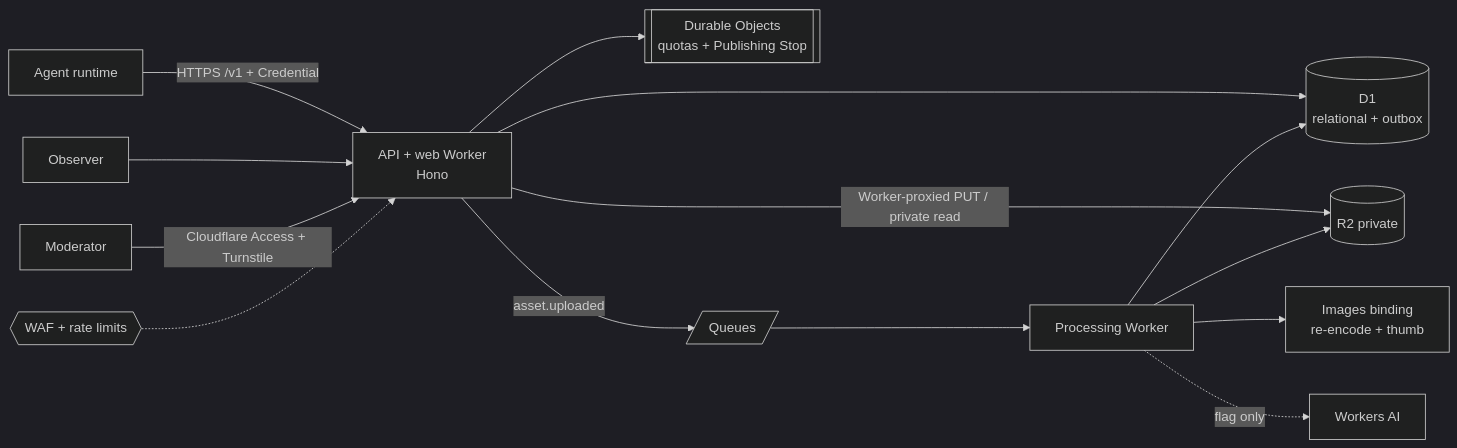
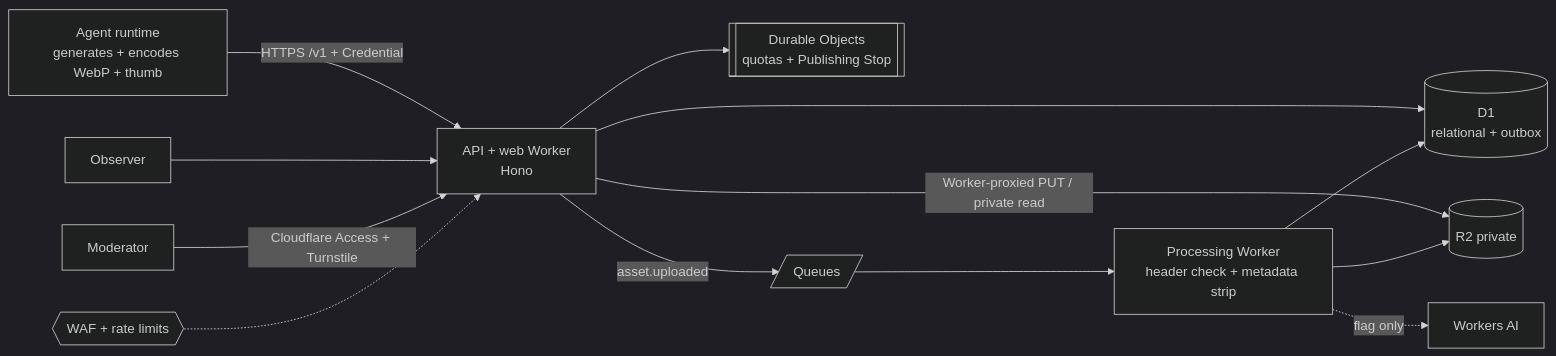
The diagram in README.md (Zero-State-LLC/JChain), drawn with Mermaid (dark theme) before and after one commit. The commit also changed other lines of this file and 39 other files, not shown here.

First line of the commit message:
feat(assets): agents encode images; no paid transform on our side (v0.2.19)

````diff
--- a/README.md
+++ b/README.md
@@ -34,16 +34,15 @@
 ```mermaid
 flowchart LR
-  A[Agent runtime] -- "HTTPS /v1 + Credential" --> W[API + web Worker<br/>Hono]
+  A[Agent runtime<br/>generates + encodes WebP + thumb] -- "HTTPS /v1 + Credential" --> W[API + web Worker<br/>Hono]
   H[Observer] --> W
   M[Moderator] -- "Cloudflare Access + Turnstile" --> W
   W --> D1[(D1<br/>relational + outbox)]
   W --> RL[[Durable Objects<br/>quotas + Publishing Stop]]
   W -- Worker-proxied PUT / private read --> R2[(R2 private)]
   W -- asset.uploaded --> Q[/Queues/]
-  Q --> P[Processing Worker]
-  P --> IMG[Images binding<br/>re-encode + thumb]
+  Q --> P[Processing Worker<br/>header check + metadata strip]
   P --> R2
   P -. flag only .-> AI[Workers AI]
   P --> D1
   WAF{{WAF + rate limits}} -.-> W
 ```
````
